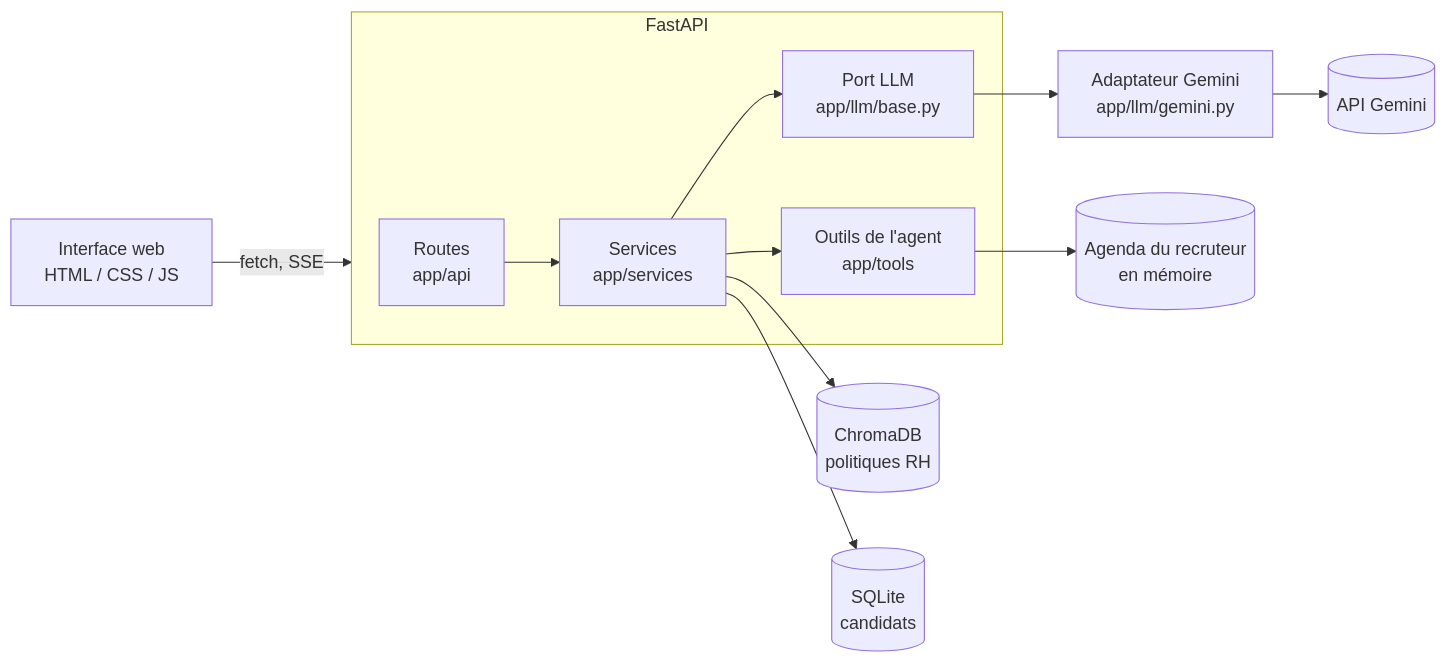
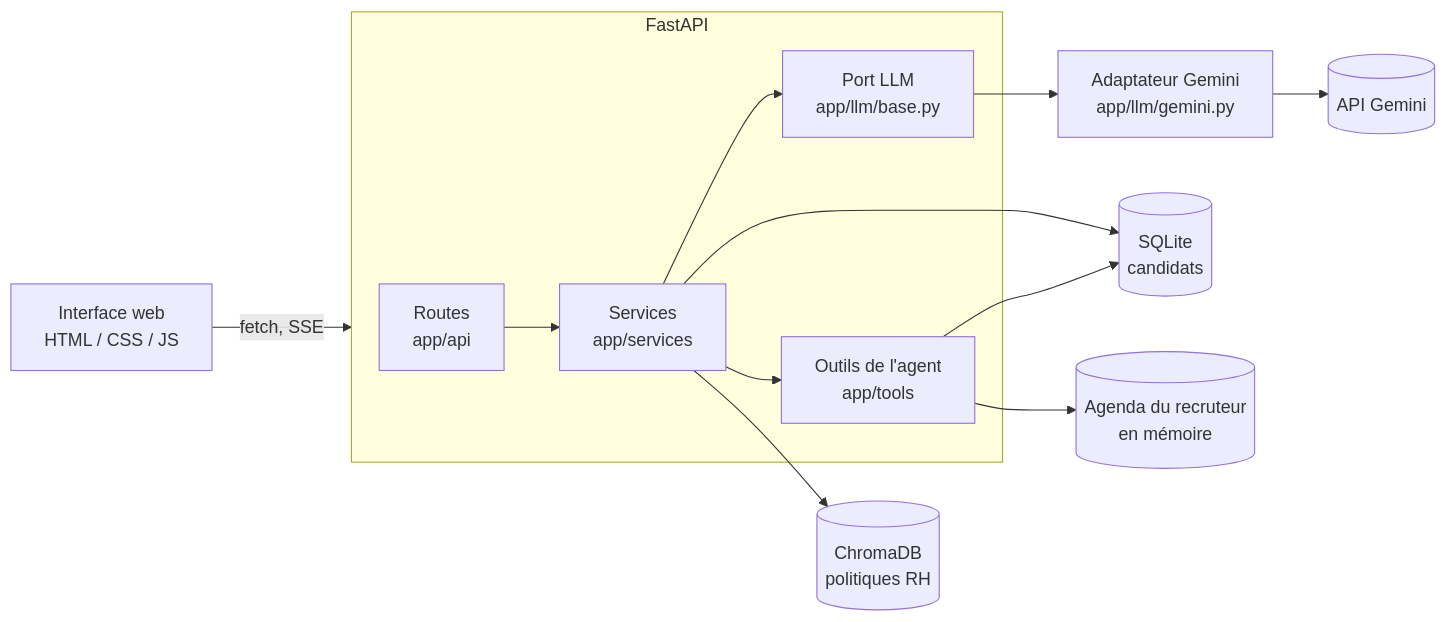
One commit to Etrix2407/copilot_rh_recrutement- changed the diagram in README.md. Above: the diagram before and after it, drawn with Mermaid. The commit also changed other lines of this file and 4 other files, not shown here.

````diff
--- a/README.md
+++ b/README.md
@@ -110,16 +115,17 @@
 ```mermaid
 flowchart LR
     UI["Interface web<br/>HTML / CSS / JS"] -->|fetch, SSE| API
 
     subgraph API["FastAPI"]
         Routes["Routes<br/>app/api"] --> Services["Services<br/>app/services"]
         Services --> Tools["Outils de l'agent<br/>app/tools"]
         Services --> Port["Port LLM<br/>app/llm/base.py"]
     end
 
     Port --> Gemini["Adaptateur Gemini<br/>app/llm/gemini.py"]
     Gemini --> Google[("API Gemini")]
     Services --> Chroma[("ChromaDB<br/>politiques RH")]
     Services --> SQLite[("SQLite<br/>candidats")]
+    Tools --> SQLite
     Tools --> Agenda[("Agenda du recruteur<br/>en mémoire")]
 ```
````
